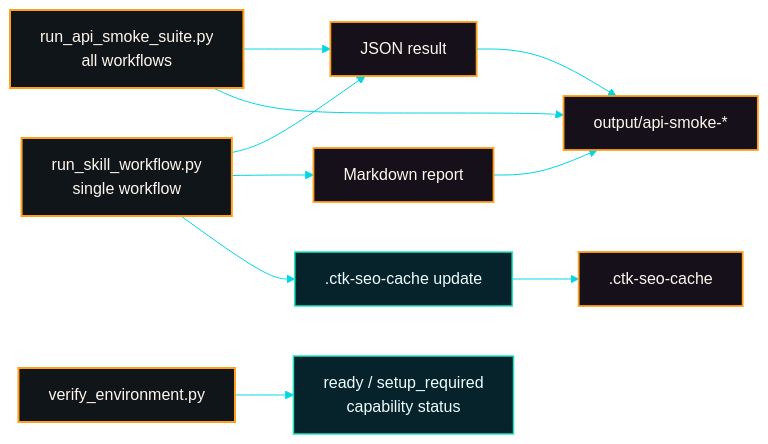
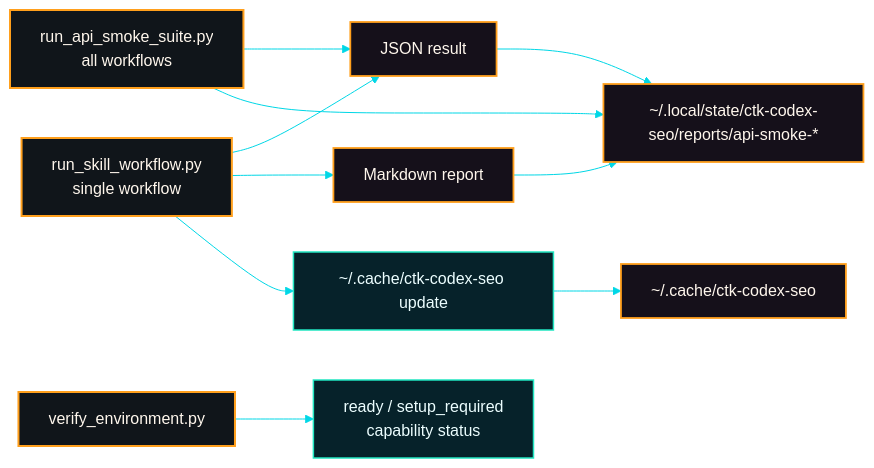
One commit to ctkadvisors/codex-seo changed the fifth of 6 diagrams in README.md. Above: the diagram before and after it, drawn with Mermaid. The commit also changed other lines of this file and 76 other files, not shown here.

````diff
--- a/README.md
+++ b/README.md
@@ -349,20 +348,20 @@
 ```mermaid
 %%{init: {"theme":"base","themeVariables":{"background":"#05080d","primaryColor":"#07131c","primaryTextColor":"#f5fbff","primaryBorderColor":"#00d7e6","lineColor":"#00d7e6","secondaryColor":"#06222a","tertiaryColor":"#ff9f1c","edgeLabelBackground":"#05080d","fontFamily":"Inter, ui-sans-serif, system-ui, sans-serif"}}}%%
 flowchart LR
   cli["run_skill_workflow.py<br/>single workflow"] --> json["JSON result"]
   cli --> markdown["Markdown report"]
-  cli --> cacheWrite[".ctk-seo-cache update"]
+  cli --> cacheWrite["~/.cache/ctk-codex-seo update"]
   suite["run_api_smoke_suite.py<br/>all workflows"] --> json
-  suite --> outputRoot["output/api-smoke-*"]
+  suite --> outputRoot["~/.local/state/ctk-codex-seo/reports/api-smoke-*"]
   verify["verify_environment.py"] --> readiness["ready / setup_required<br/>capability status"]
   markdown --> outputRoot
   json --> outputRoot
-  cacheWrite --> cache[".ctk-seo-cache"]
+  cacheWrite --> cache["~/.cache/ctk-codex-seo"]
   class cli,suite,verify accent
   class cacheWrite,readiness data
   class json,markdown,outputRoot,cache output
   classDef default fill:#07131c,stroke:#00d7e6,color:#f5fbff,stroke-width:1.4px
   classDef accent fill:#10151a,stroke:#ff9f1c,color:#fff7ed,stroke-width:2px
   classDef data fill:#06222a,stroke:#21e6c1,color:#ecfeff,stroke-width:1.5px
   classDef output fill:#15101a,stroke:#ff9f1c,color:#fff7ed,stroke-width:1.8px
 ```
````
